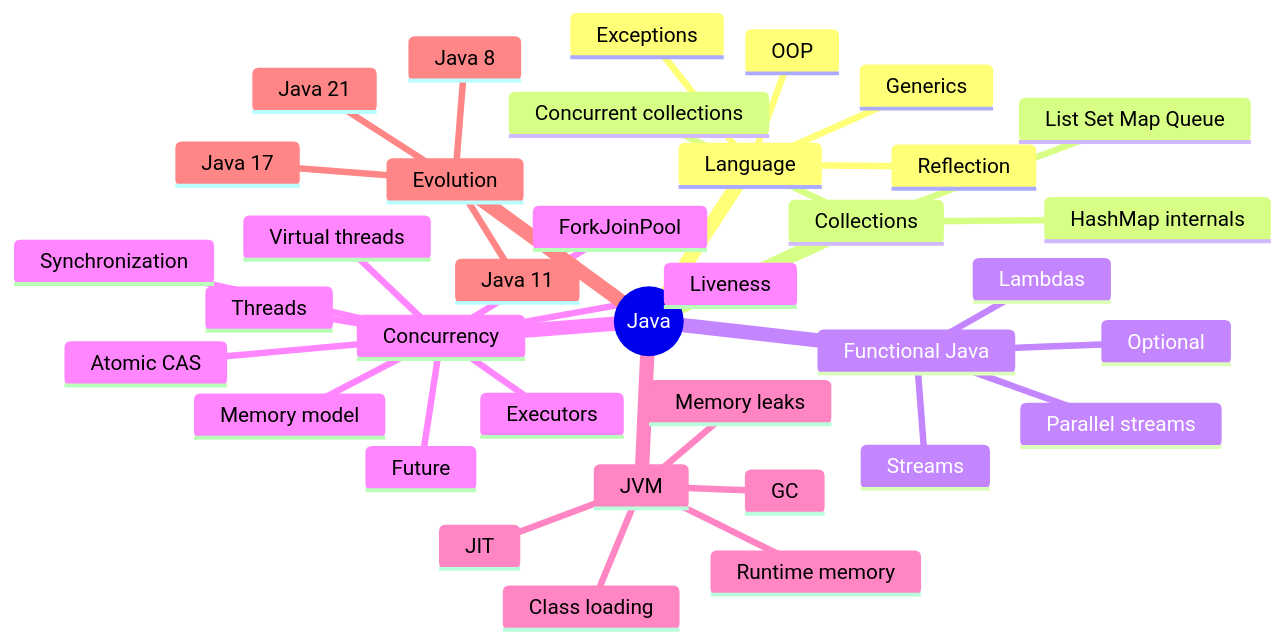
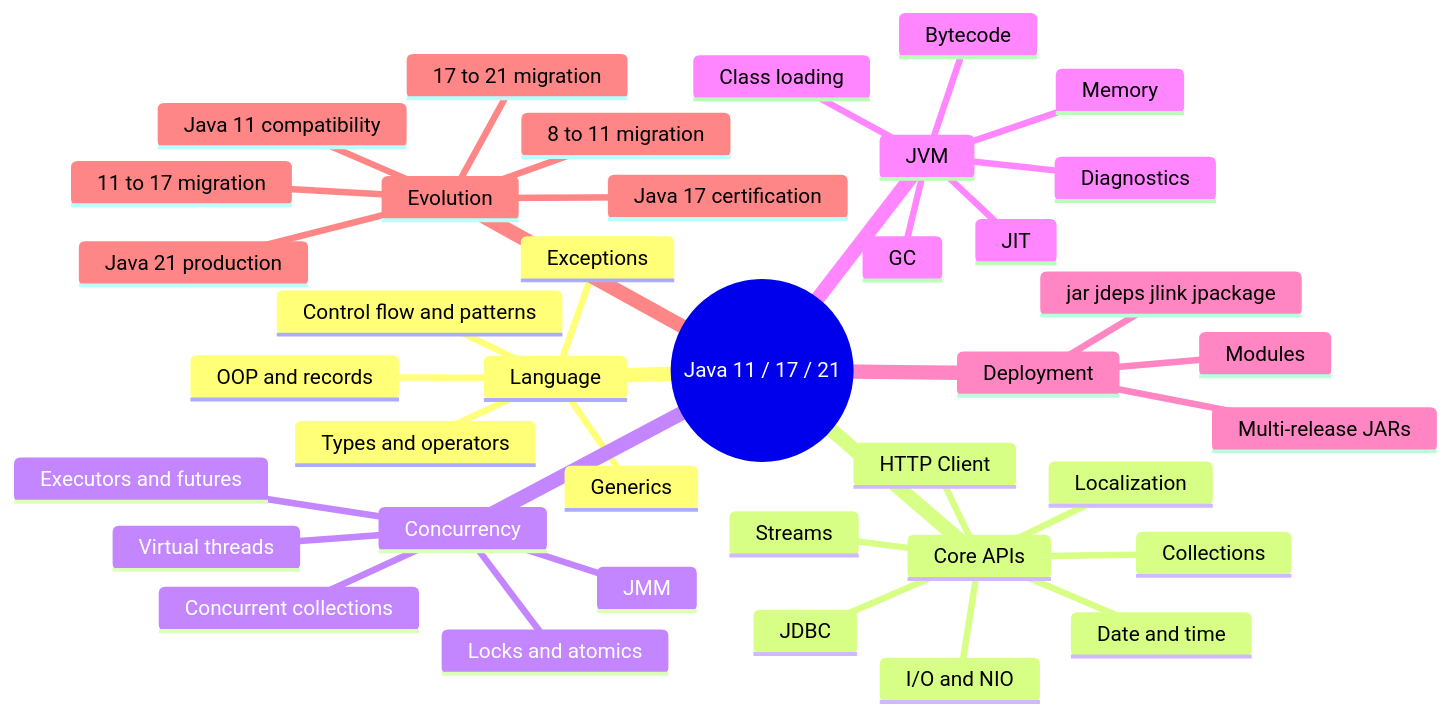
One commit to alimbetov/obsidian changed the diagram in 01_MAPS/Java Map.md. Above: the diagram before and after it, drawn with Mermaid. The commit also changed other lines of this file, not shown here.

Commit message:
docs: make Java Map cover Java 11 17 and 21

````diff
--- a/01_MAPS/Java Map.md
+++ b/01_MAPS/Java Map.md
@@ -12,39 +31,42 @@
 ```mermaid
 mindmap
-  root((Java))
+  root((Java 11 / 17 / 21))
     Language
-      OOP
+      Types and operators
+      Control flow and patterns
+      OOP and records
       Generics
       Exceptions
-      Reflection
-    Collections
-      List Set Map Queue
-      HashMap internals
+    Core APIs
+      Collections
+      Streams
+      Date and time
+      I/O and NIO
+      HTTP Client
+      JDBC
+      Localization
+    Concurrency
+      JMM
+      Locks and atomics
+      Executors and futures
       Concurrent collections
-    Functional Java
-      Lambdas
-      Streams
-      Optional
-      Parallel streams
-    Concurrency
-      Threads
-      Memory model
-      Synchronization
-      Atomic CAS
-      Liveness
-      Executors
-      Future
-      ForkJoinPool
       Virtual threads
     JVM
       Class loading
-      Runtime memory
-      Memory leaks
+      Bytecode
+      GC
       JIT
-      GC
+      Memory
+      Diagnostics
+    Deployment
+      Modules
+      jar jdeps jlink jpackage
+      Multi-release JARs
     Evolution
-      Java 8
-      Java 11
-      Java 17
-      Java 21
+      Java 11 compatibility
+      Java 17 certification
+      Java 21 production
+      8 to 11 migration
+      11 to 17 migration
+      17 to 21 migration
 ```
````
